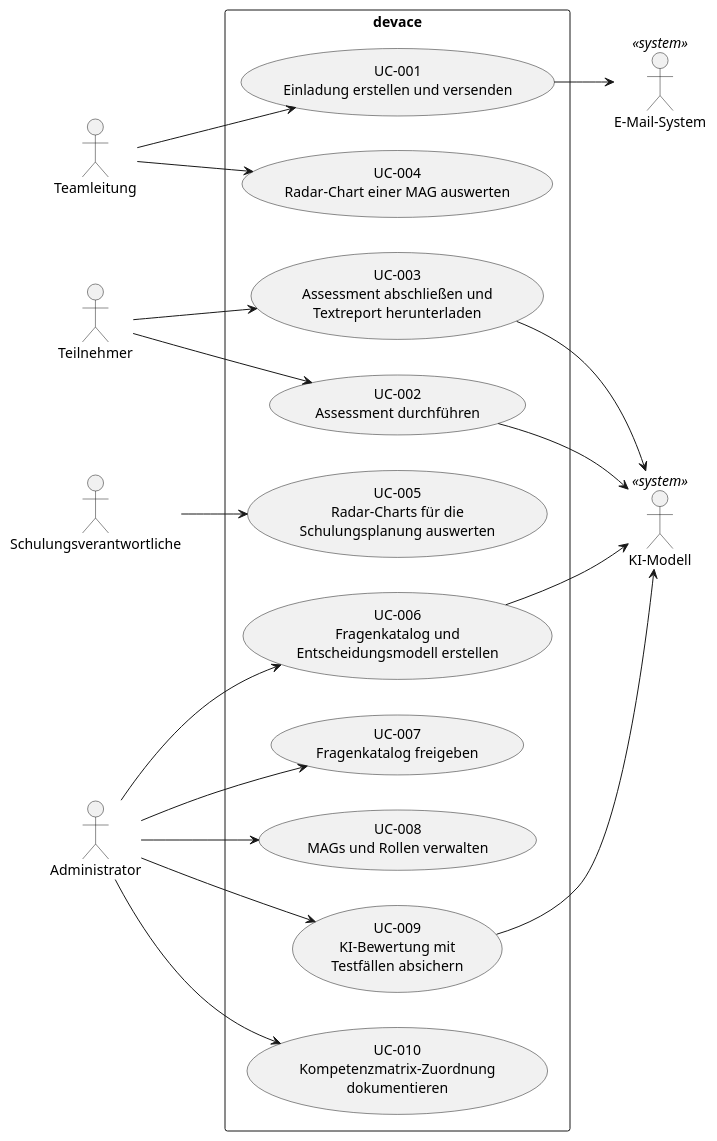
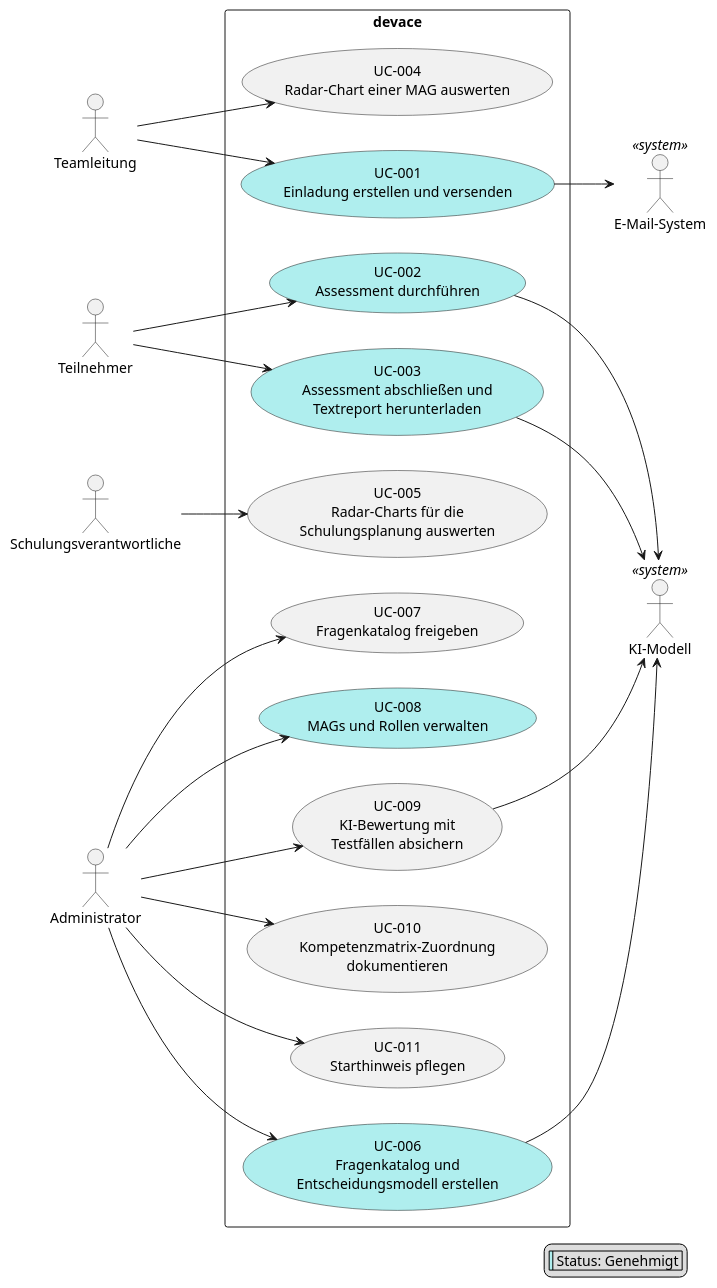
One commit to mrwylan/devace changed the diagram in docs/use_cases.puml. Above: the diagram before and after it, drawn with PlantUML.

Commit message:
Use case diagram: UC-011 Starthinweis pflegen (FR-019), status colours and legend
Claude-Session: https://claude.ai/code/session_01UoqWrP8u2S2FR85HwbuEMf

```diff
--- a/docs/use_cases.puml
+++ b/docs/use_cases.puml
@@ -1,51 +1,58 @@
 @startuml Use Cases Overview
 left to right direction
 
 actor "Teamleitung" as teamleitung
 actor "Teilnehmer" as teilnehmer
 actor "Schulungsverantwortliche" as schulung
 actor "Administrator" as admin
 actor "KI-Modell" as ki <<system>>
 actor "E-Mail-System" as mail <<system>>
 
 rectangle "devace" {
     ' FR-001, FR-002
-    usecase "UC-001\nEinladung erstellen und versenden" as UC001
+    usecase "UC-001\nEinladung erstellen und versenden" as UC001 #PaleTurquoise
     ' FR-003, FR-004, FR-005, FR-006
-    usecase "UC-002\nAssessment durchführen" as UC002
+    usecase "UC-002\nAssessment durchführen" as UC002 #PaleTurquoise
     ' FR-007, FR-008, FR-009
-    usecase "UC-003\nAssessment abschließen und\nTextreport herunterladen" as UC003
+    usecase "UC-003\nAssessment abschließen und\nTextreport herunterladen" as UC003 #PaleTurquoise
     ' FR-010
     usecase "UC-004\nRadar-Chart einer MAG auswerten" as UC004
     ' FR-011
     usecase "UC-005\nRadar-Charts für die\nSchulungsplanung auswerten" as UC005
     ' FR-012, FR-013
-    usecase "UC-006\nFragenkatalog und\nEntscheidungsmodell erstellen" as UC006
+    usecase "UC-006\nFragenkatalog und\nEntscheidungsmodell erstellen" as UC006 #PaleTurquoise
     ' FR-014
     usecase "UC-007\nFragenkatalog freigeben" as UC007
     ' FR-015
-    usecase "UC-008\nMAGs und Rollen verwalten" as UC008
+    usecase "UC-008\nMAGs und Rollen verwalten" as UC008 #PaleTurquoise
     ' FR-016
     usecase "UC-009\nKI-Bewertung mit\nTestfällen absichern" as UC009
     ' FR-017
     usecase "UC-010\nKompetenzmatrix-Zuordnung\ndokumentieren" as UC010
+    ' FR-019
+    usecase "UC-011\nStarthinweis pflegen" as UC011
 }
 
 teamleitung --> UC001
 teamleitung --> UC004
 teilnehmer --> UC002
 teilnehmer --> UC003
 schulung --> UC005
 admin --> UC006
 admin --> UC007
 admin --> UC008
 admin --> UC009
 admin --> UC010
+admin --> UC011
 
 UC001 --> mail
 UC002 --> ki
 UC003 --> ki
 UC006 --> ki
 UC009 --> ki
 
+legend right
+  |<#PaleTurquoise>| Status: Genehmigt |
+endlegend
+
 @enduml
```
